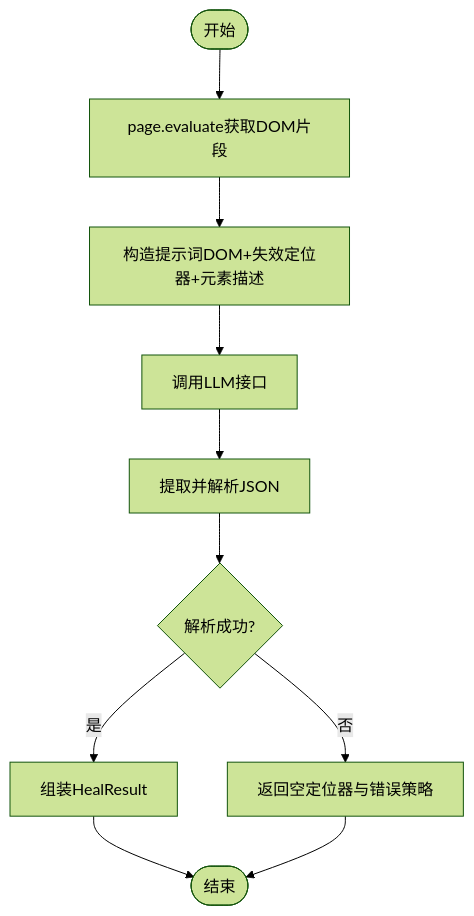
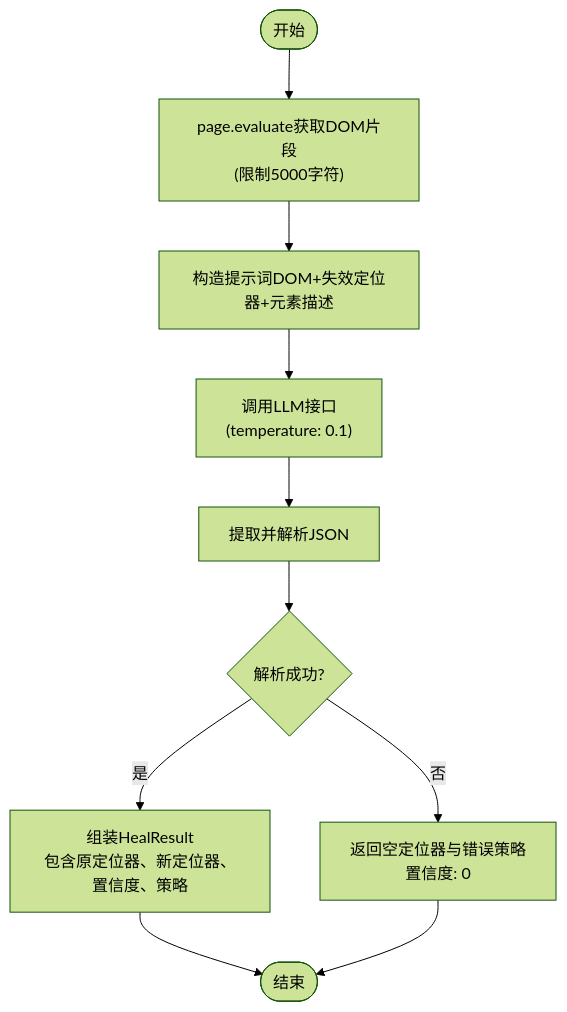
One commit to zzgoviziwind/--playwright changed the fourth of 6 diagrams in .qoder/repowiki/zh/content/AI测试生成系统/AI失败分析工具.md. Above: the diagram before and after it, drawn with Mermaid (forest theme). The commit also changed other lines of this file and 112 other files, not shown here.

````diff
--- a/.qoder/repowiki/zh/content/AI测试生成系统/AI失败分析工具.md
+++ b/.qoder/repowiki/zh/content/AI测试生成系统/AI失败分析工具.md
@@ -193,12 +223,12 @@
 ```mermaid
 flowchart TD
-Start(["开始"]) --> GetDOM["page.evaluate获取DOM片段"]
+Start(["开始"]) --> GetDOM["page.evaluate获取DOM片段<br/>(限制5000字符)"]
 GetDOM --> BuildPrompt["构造提示词DOM+失效定位器+元素描述"]
-BuildPrompt --> CallLLM["调用LLM接口"]
+BuildPrompt --> CallLLM["调用LLM接口<br/>(temperature: 0.1)"]
 CallLLM --> ParseJSON["提取并解析JSON"]
 ParseJSON --> Valid{"解析成功?"}
-Valid --> |否| Fallback["返回空定位器与错误策略"]
-Valid --> |是| Assemble["组装HealResult"]
+Valid --> |否| Fallback["返回空定位器与错误策略<br/>置信度: 0"]
+Valid --> |是| Assemble["组装HealResult<br/>包含原定位器、新定位器、置信度、策略"]
 Assemble --> End(["结束"])
 Fallback --> End
 ```
````
